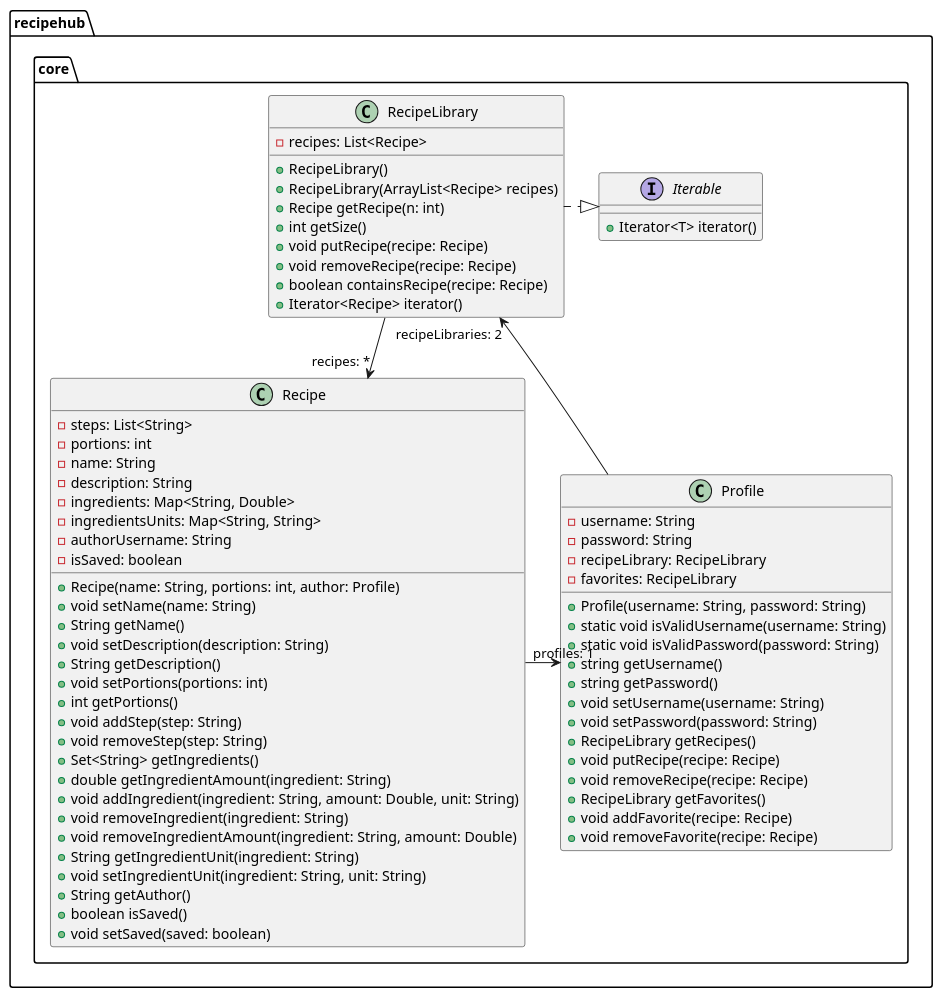
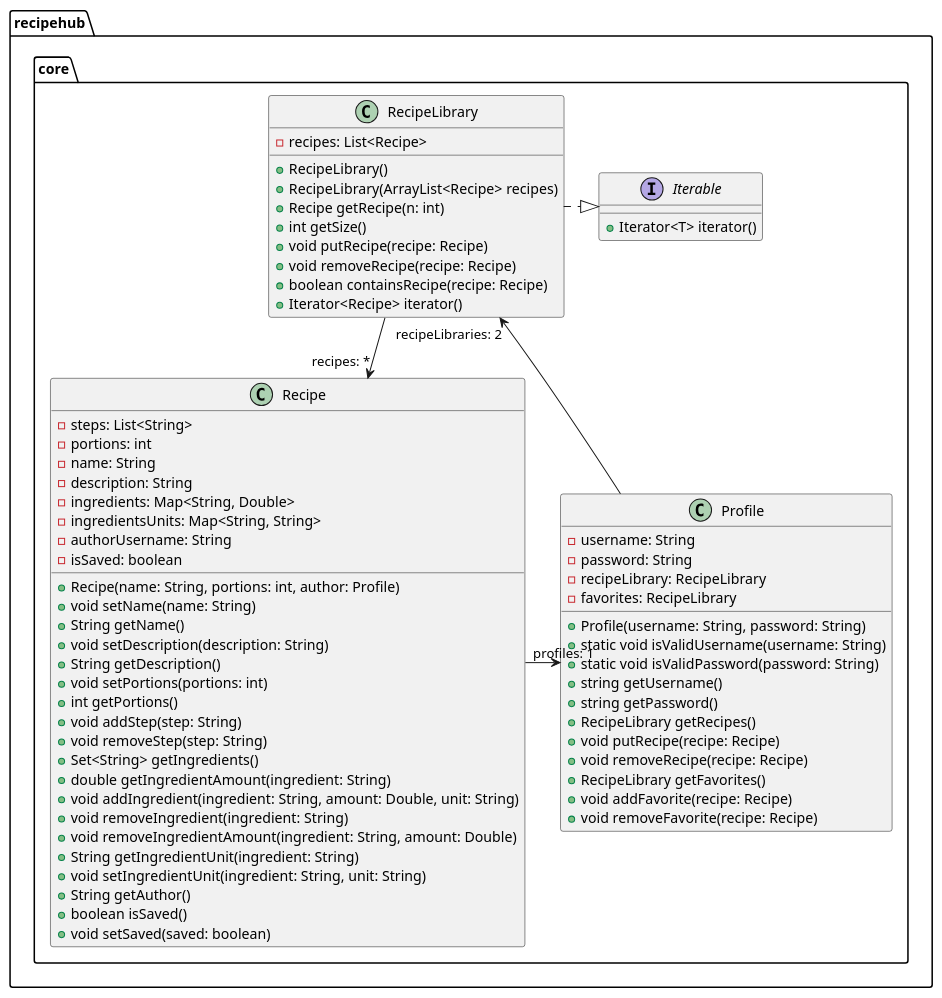
One commit to MortenMadsenLyngstad/RecipeHub changed the diagram in architecture/classDiagramCore.puml. Above: the diagram before and after it, drawn with PlantUML. The commit also changed 2 other files, not shown here.

```diff
--- a/architecture/classDiagramCore.puml
+++ b/architecture/classDiagramCore.puml
@@ -1,76 +1,74 @@
 @startuml classDiagramCore
 
 package recipehub.core {
     class Profile {
         - username: String 
         - password: String
         - recipeLibrary: RecipeLibrary
         - favorites: RecipeLibrary
         + Profile(username: String, password: String)
         + static void isValidUsername(username: String)
         + static void isValidPassword(password: String)
         + string getUsername()
         + string getPassword()
-        + void setUsername(username: String)
-        + void setPassword(password: String)
         + RecipeLibrary getRecipes()
         + void putRecipe(recipe: Recipe)
         + void removeRecipe(recipe: Recipe)
         + RecipeLibrary getFavorites()
         + void addFavorite(recipe: Recipe)
         + void removeFavorite(recipe: Recipe)
     }
 
     class Recipe {
         - steps: List<String>
         - portions: int
         - name: String
         - description: String
         - ingredients: Map<String, Double>
         - ingredientsUnits: Map<String, String>
         - authorUsername: String
         - isSaved: boolean
         + Recipe(name: String, portions: int, author: Profile)
         + void setName(name: String)
         + String getName()
         + void setDescription(description: String)
         + String getDescription()
         + void setPortions(portions: int)
         + int getPortions()
         + void addStep(step: String)
         + void removeStep(step: String)
         + Set<String> getIngredients()
         + double getIngredientAmount(ingredient: String)
         + void addIngredient(ingredient: String, amount: Double, unit: String)
         + void removeIngredient(ingredient: String)
         + void removeIngredientAmount(ingredient: String, amount: Double)
         + String getIngredientUnit(ingredient: String)
         + void setIngredientUnit(ingredient: String, unit: String)
         + String getAuthor()
         + boolean isSaved()
         + void setSaved(saved: boolean) 
     }
 
     class RecipeLibrary {
         - recipes: List<Recipe>
         + RecipeLibrary()
         + RecipeLibrary(ArrayList<Recipe> recipes)
         + Recipe getRecipe(n: int)
         + int getSize()
         + void putRecipe(recipe: Recipe)
         + void removeRecipe(recipe: Recipe)
         + boolean containsRecipe(recipe: Recipe)
         + Iterator<Recipe> iterator()
     }
 
     interface Iterable {
         + Iterator<T> iterator()
     }
 
 RecipeLibrary  -right-> "recipes: *" Recipe
 Profile -up-> "recipeLibraries: 2" RecipeLibrary
 Recipe -right-> "profiles: 1" Profile
 Iterable <|.left. RecipeLibrary
 }
 
 @enduml
```
